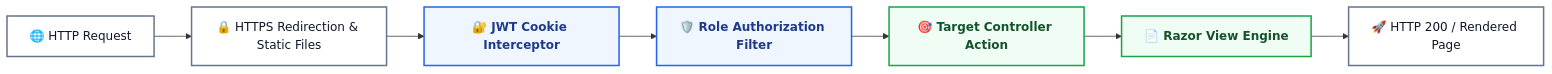
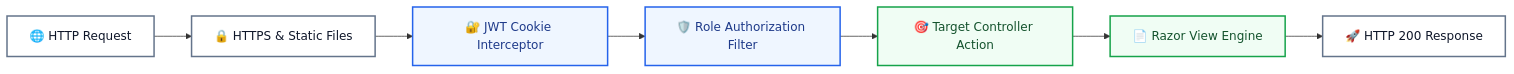
The second of 7 diagrams in README.md (Bahar0900/Productstore), drawn with Mermaid before and after one commit. The commit also changed other lines of this file, not shown here.

Commit message:
fix(docs): quote all mermaid edge labels to resolve GitHub parse error

````diff
--- a/README.md
+++ b/README.md
@@ -81,13 +80,13 @@
 ```mermaid
 flowchart LR
     classDef step fill:#ffffff,stroke:#64748b,stroke-width:2px,color:#0f172a;
-    classDef auth fill:#eff6ff,stroke:#2563eb,stroke-width:2px,color:#1e3a8a,font-weight:bold;
-    classDef dest fill:#f0fdf4,stroke:#16a34a,stroke-width:2px,color:#14532d,font-weight:bold;
+    classDef auth fill:#eff6ff,stroke:#2563eb,stroke-width:2px,color:#1e3a8a;
+    classDef dest fill:#f0fdf4,stroke:#16a34a,stroke-width:2px,color:#14532d;
 
-    Req["🌐 HTTP Request"]:::step --> SSL["🔒 HTTPS Redirection & Static Files"]:::step
+    Req["🌐 HTTP Request"]:::step --> SSL["🔒 HTTPS & Static Files"]:::step
     SSL --> JWT["🔐 JWT Cookie Interceptor"]:::auth
     JWT --> RBAC["🛡️ Role Authorization Filter"]:::auth
     RBAC --> Ctrl["🎯 Target Controller Action"]:::dest
     Ctrl --> View["📄 Razor View Engine"]:::dest
-    View --> Res["🚀 HTTP 200 / Rendered Page"]:::step
+    View --> Res["🚀 HTTP 200 Response"]:::step
 ```
````
